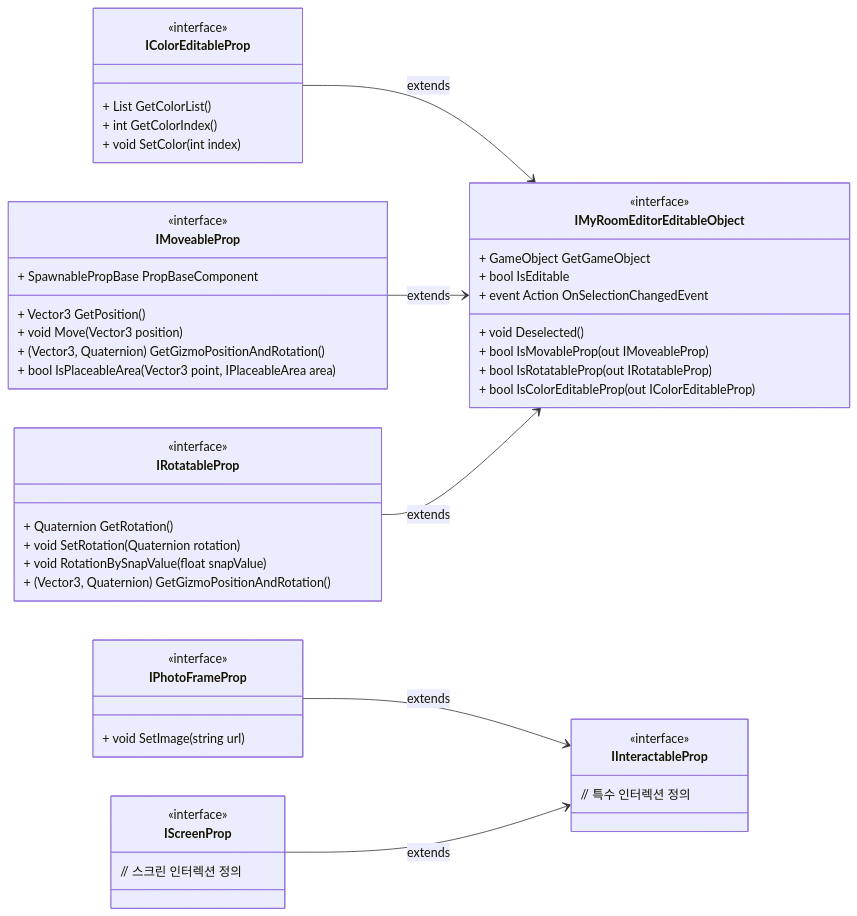
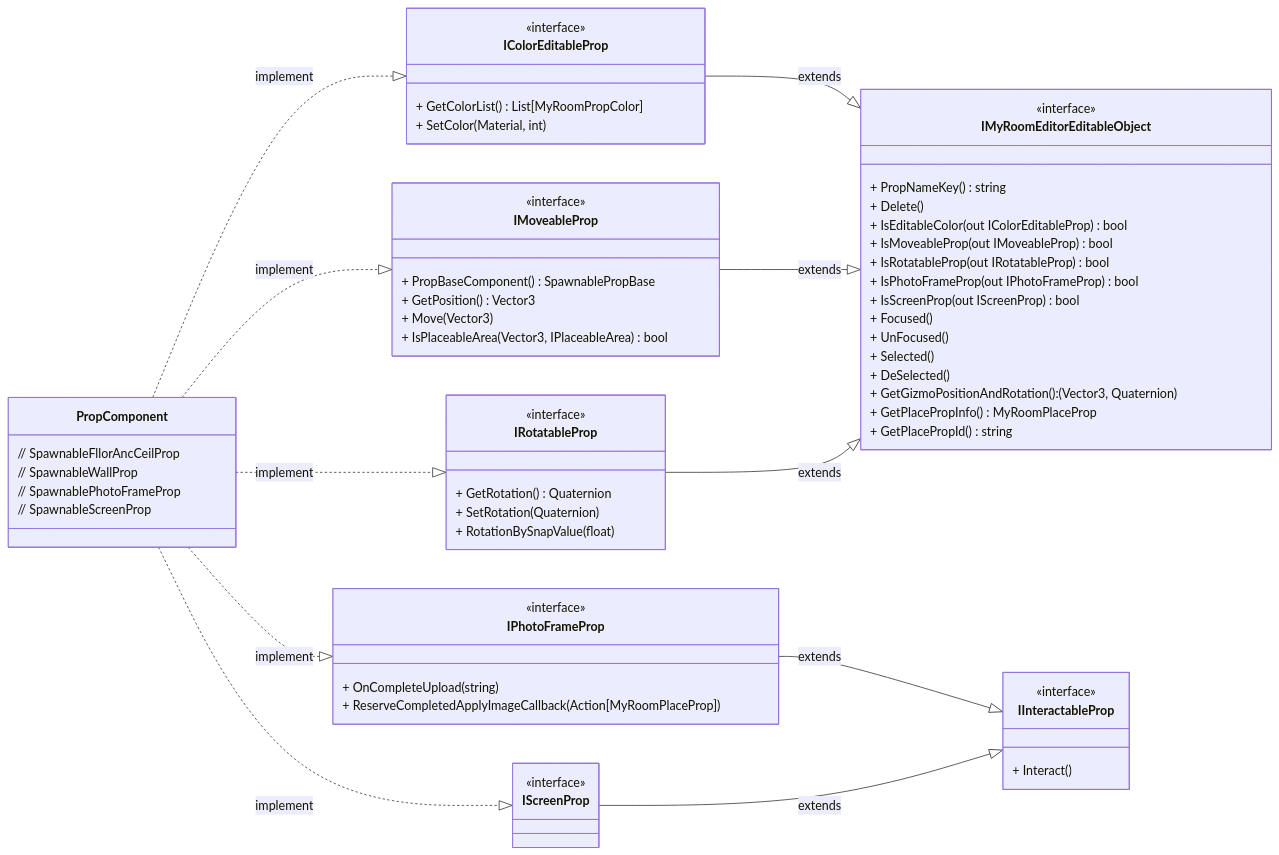
The fifth of 7 diagrams in content/docs/Projects/Rfice/HousingSystem/Overview.md (CosmicGiantKoala/CosmicGiantKoala.github.io), drawn with Mermaid before and after one commit. The commit also changed other lines of this file, not shown here.

Commit message:
MyRoomEditor UML 다이어그램 업데이트

````diff
--- a/content/docs/Projects/Rfice/HousingSystem/Overview.md
+++ b/content/docs/Projects/Rfice/HousingSystem/Overview.md
@@ -401,59 +454,77 @@
 ```mermaid
 classDiagram
 direction LR
     class IMyRoomEditorEditableObject {
         <<interface>>
-        + GameObject GetGameObject
-        + bool IsEditable
-        + event Action<bool> OnSelectionChangedEvent
-        + void Deselected()
-        + bool IsMovableProp(out IMoveableProp)
-        + bool IsRotatableProp(out IRotatableProp)
-        + bool IsColorEditableProp(out IColorEditableProp)
+        + PropNameKey() string
+        + Delete()
+        + IsEditableColor(out IColorEditableProp) bool
+        + IsMoveableProp(out IMoveableProp) bool
+        + IsRotatableProp(out IRotatableProp) bool
+        + IsPhotoFrameProp(out IPhotoFrameProp) bool
+        + IsScreenProp(out IScreenProp) bool
+        + Focused()
+        + UnFocused()
+        + Selected()
+        + DeSelected()
+        + GetGizmoPositionAndRotation(): (Vector3, Quaternion)
+        + GetPlacePropInfo() MyRoomPlaceProp
+        + GetPlacePropId() string
     }
 
     class IColorEditableProp {
         <<interface>>
-        + List<Color> GetColorList()
-        + int GetColorIndex()
-        + void SetColor(int index)
+        + GetColorList() List[MyRoomPropColor]
+        + SetColor(Material, int)
     }
 
     class IMoveableProp {
         <<interface>>
-        + SpawnablePropBase PropBaseComponent
-        + Vector3 GetPosition()
-        + void Move(Vector3 position)
-        + (Vector3, Quaternion) GetGizmoPositionAndRotation()
-        + bool IsPlaceableArea(Vector3 point, IPlaceableArea area)
+        + PropBaseComponent() SpawnablePropBase
+        + GetPosition() Vector3
+        + Move(Vector3)
+        + IsPlaceableArea(Vector3, IPlaceableArea) bool
     }
 
     class IRotatableProp {
         <<interface>>
-        + Quaternion GetRotation()
-        + void SetRotation(Quaternion rotation)
-        + void RotationBySnapValue(float snapValue)
-        + (Vector3, Quaternion) GetGizmoPositionAndRotation()
+        + GetRotation() Quaternion
+        + SetRotation(Quaternion)
+        + RotationBySnapValue(float)
     }
 
     class IInteractableProp {
         <<interface>>
-        // 특수 인터렉션 정의
+        + Interact()
     }
 
     class IPhotoFrameProp {
         <<interface>>
-        + void SetImage(string url)
+        + OnCompleteUpload(string)
+        + ReserveCompletedApplyImageCallback(Action[MyRoomPlaceProp])
     }
 
     class IScreenProp {
         <<interface>>
-        // 스크린 인터렉션 정의
     }
 
-    IColorEditableProp --> IMyRoomEditorEditableObject : extends
-    IMoveableProp --> IMyRoomEditorEditableObject : extends
-    IRotatableProp --> IMyRoomEditorEditableObject : extends
-    IPhotoFrameProp --> IInteractableProp : extends
-    IScreenProp --> IInteractableProp : extends
+    class PropComponent{
+        // SpawnableFllorAncCeilProp
+        // SpawnableWallProp
+        // SpawnablePhotoFrameProp
+        // SpawnableScreenProp
+    }
+    
+    IColorEditableProp --|> IMyRoomEditorEditableObject : extends
+    IMoveableProp --|> IMyRoomEditorEditableObject : extends
+    IRotatableProp --|> IMyRoomEditorEditableObject : extends
+    IPhotoFrameProp --|> IInteractableProp : extends
+    IScreenProp --|> IInteractableProp : extends
+    
+    PropComponent ..|> IColorEditableProp : implement
+    PropComponent ..|> IMoveableProp : implement
+    PropComponent ..|> IRotatableProp : implement
+    PropComponent ..|> IPhotoFrameProp : implement
+    PropComponent ..|> IScreenProp : implement
+    
 ```
````
